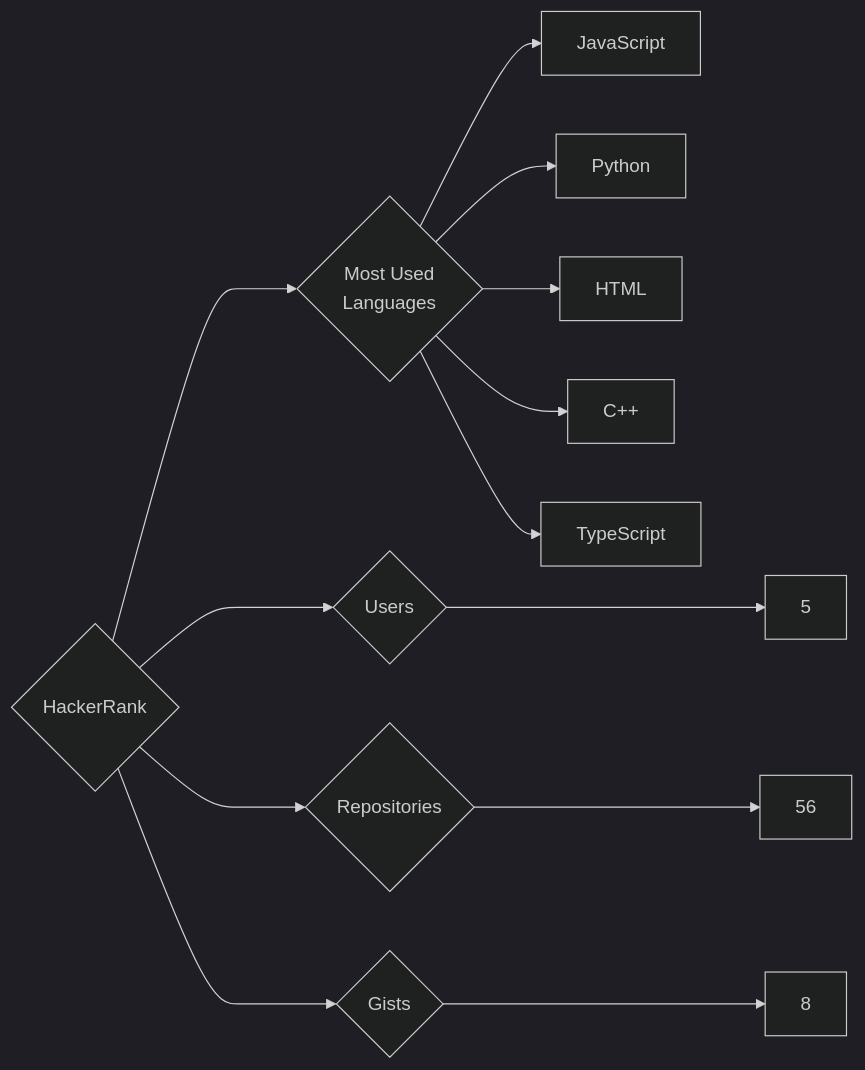
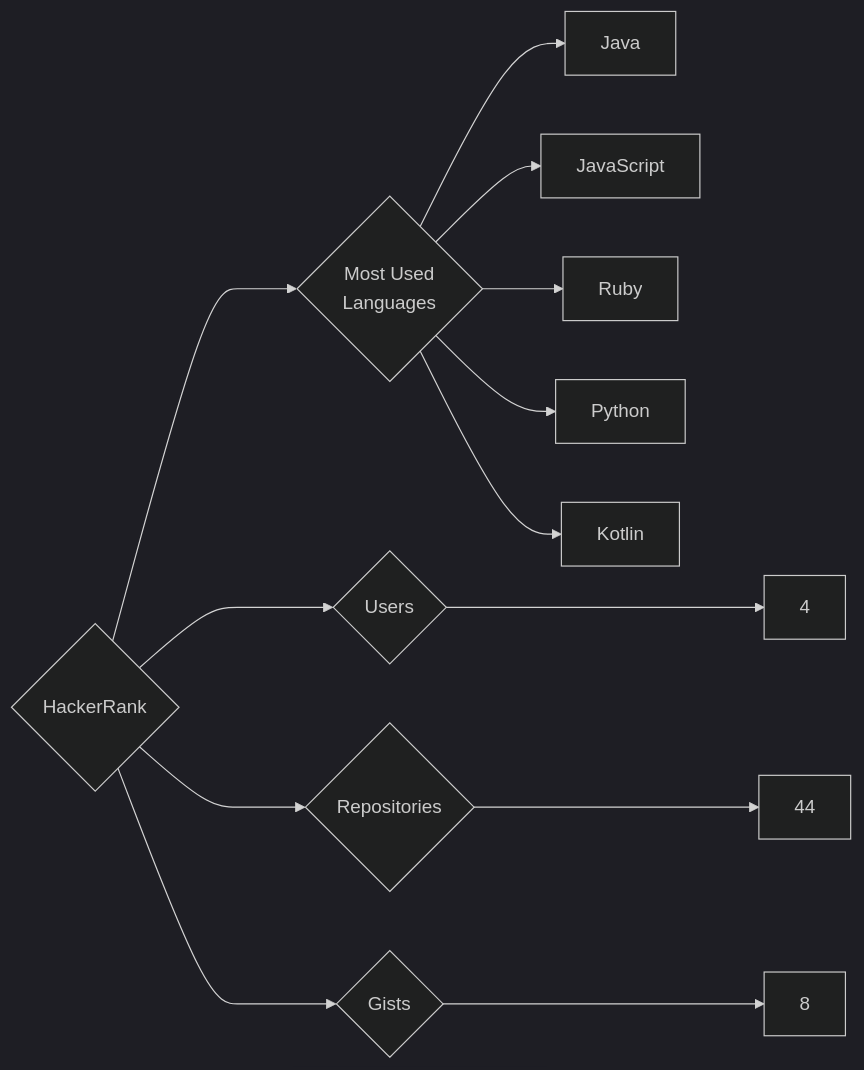
Before and after one commit to trickest/insiders: the diagram in targets/HackerRank/README.md, drawn with Mermaid (dark theme). The commit also changed 682 other files, not shown here.

````diff
--- a/targets/HackerRank/README.md
+++ b/targets/HackerRank/README.md
@@ -3,13 +3,13 @@
 ```mermaid
 graph LR
 COMPANY_NAME{HackerRank}
-COMPANY_NAME ---> U{Users} ---> UN[5]
-COMPANY_NAME ---> R{Repositories} ---> RN[56]
+COMPANY_NAME ---> U{Users} ---> UN[4]
+COMPANY_NAME ---> R{Repositories} ---> RN[44]
 COMPANY_NAME ---> G{Gists} ---> GN[8]
 COMPANY_NAME ---> ML{Most Used<br>Languages}
+ML --> Java[Java]
 ML --> JavaScript[JavaScript]
+ML --> Ruby[Ruby]
 ML --> Python[Python]
-ML --> HTML[HTML]
-ML --> C++[C++]
-ML --> TypeScript[TypeScript]
+ML --> Kotlin[Kotlin]
 ```
````
